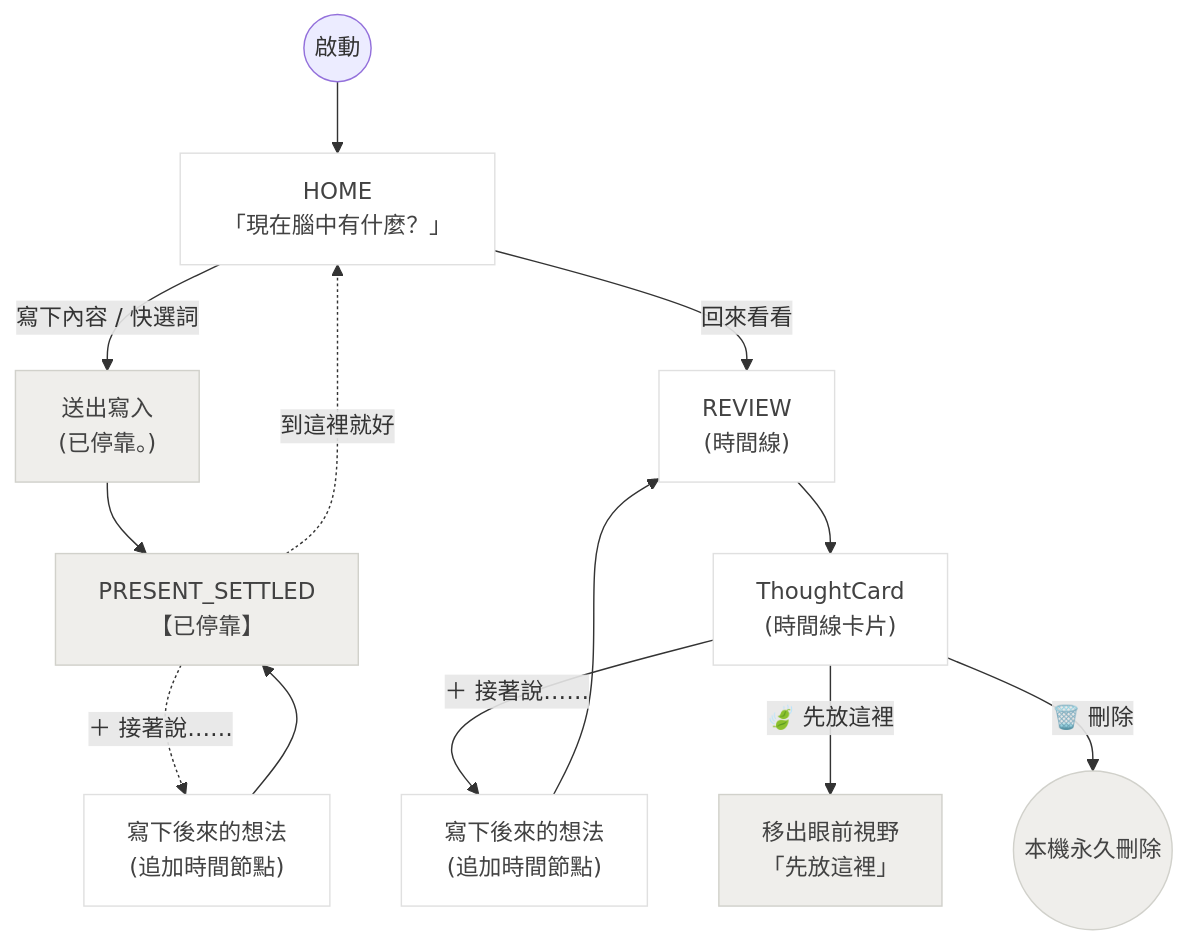
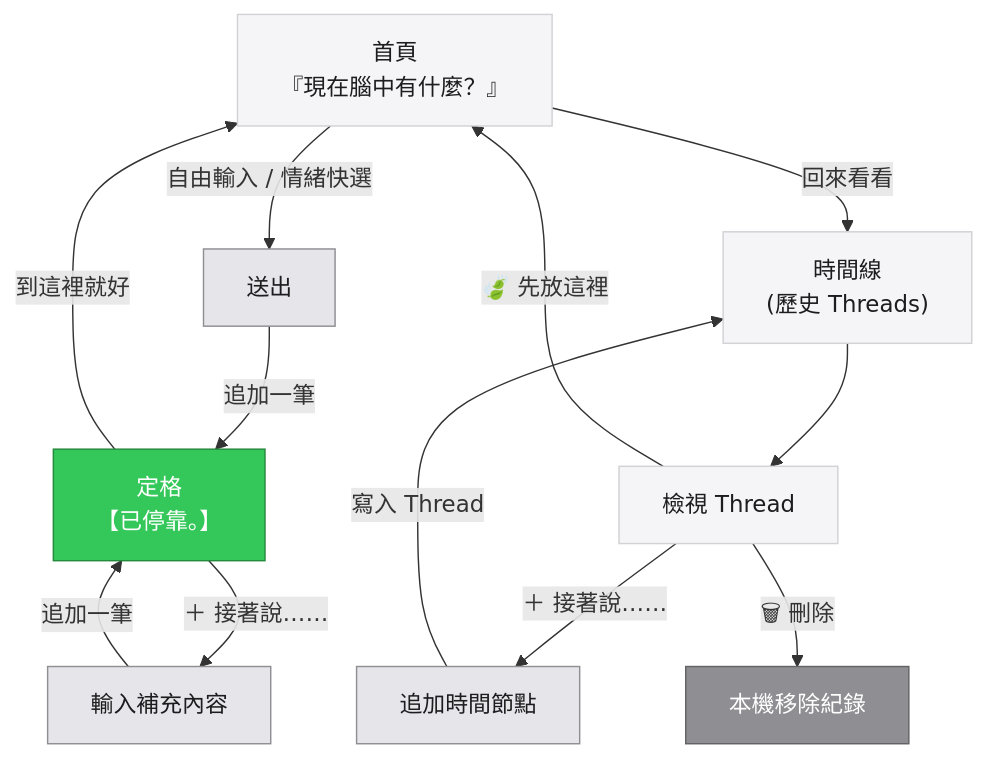
Before and after one commit to q5089877/privateMind: the diagram in flow_diagram.md, drawn with Mermaid. The commit also changed other lines of this file and 9 other files, not shown here.

````diff
--- a/flow_diagram.md
+++ b/flow_diagram.md
@@ -1,34 +73,29 @@
 ```mermaid
 flowchart TD
-    %% 進入點
-    Start(("啟動")) --> HOME["HOME\n「現在腦中有什麼？」"]
+    %% 節點樣式
+    classDef input fill:#F5F5F7,stroke:#D1D1D6,stroke-width:1px,color:#1D1D1F;
+    classDef action fill:#E5E5EA,stroke:#8E8E93,stroke-width:1px,color:#1D1D1F;
+    classDef settle fill:#34C759,stroke:#248A3D,stroke-width:1px,color:#FFFFFF;
+    classDef terminal fill:#8E8E93,stroke:#636366,stroke-width:1px,color:#FFFFFF;
 
-    %% HOME 選擇
-    HOME -- "寫下內容 / 快選詞" --> SAVE["送出寫入\n(已停靠。)"]
-    HOME -- "回來看看" --> REVIEW["REVIEW\n(時間線)"]
+    HOME["首頁<br/>『現在腦中有什麼？』"]:::input
 
-    %% 留存定格態
-    SAVE --> PRESENT["PRESENT_SETTLED\n【已停靠】"]
+    %% 首頁操作
+    HOME -->|"自由輸入 / 情緒快選"| SUBMIT["送出"]:::action
+    HOME -->|"回來看看"| TIMELINE["時間線<br/>(歷史 Threads)"]:::input
 
-    %% 留存後出口
-    PRESENT -. "到這裡就好" .-> HOME
-    PRESENT -. "＋ 接著說……" .-> APPEND_PRESENT["寫下後來的想法\n(追加時間節點)"]
-    APPEND_PRESENT --> PRESENT
+    %% 寫入路徑
+    SUBMIT -->|"追加一筆"| SETTLED["定格<br/>【已停靠。】"]:::settle
+    SETTLED -->|"到這裡就好"| HOME
+    SETTLED -->|"＋ 接著說……"| APPEND_NOW["輸入補充內容"]:::action
+    APPEND_NOW -->|"追加一筆"| SETTLED
 
-    %% 時間線 (REVIEW) 與卡片互動模組
-    REVIEW --> TCARD["ThoughtCard\n(時間線卡片)"]
+    %% 時間線操作
+    TIMELINE --> THREAD["檢視 Thread"]:::input
     
-    %% 卡片 3 個物理操作
-    TCARD -- "＋ 接著說……" --> APPEND_REVIEW["寫下後來的想法\n(追加時間節點)"]
-    APPEND_REVIEW --> REVIEW
-
-    TCARD -- "🍃 先放這裡" --> RELEASE_STATE["移出眼前視野\n「先放這裡」"]
-    TCARD -- "🗑️ 刪除" --> DELETE_STATE(("本機永久刪除"))
-
-    %% 樣式定義
-    classDef state fill:#FFFFFF,stroke:#E0E0E0,stroke-width:1px,color:#424242;
-    classDef ending fill:#EFEEEB,stroke:#D1D1CB,stroke-width:1px,color:#424242;
+    THREAD -->|"＋ 接著說……"| APPEND_LATER["追加時間節點"]:::action
+    APPEND_LATER -->|"寫入 Thread"| TIMELINE
     
-    class HOME,REVIEW,APPEND_PRESENT,APPEND_REVIEW,TCARD state;
-    class PRESENT,SAVE,RELEASE_STATE,DELETE_STATE ending;
+    THREAD -->|"🍃 先放這裡"| HOME
+    THREAD -->|"🗑 刪除"| DELETE["本機移除紀錄"]:::terminal
 ```
````
